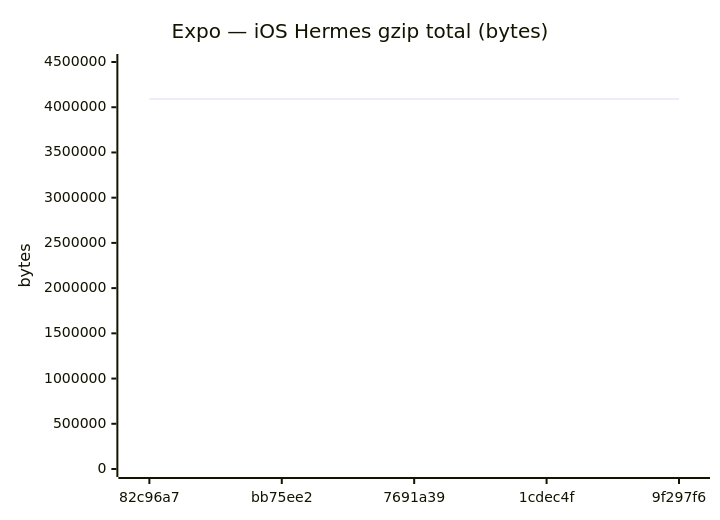
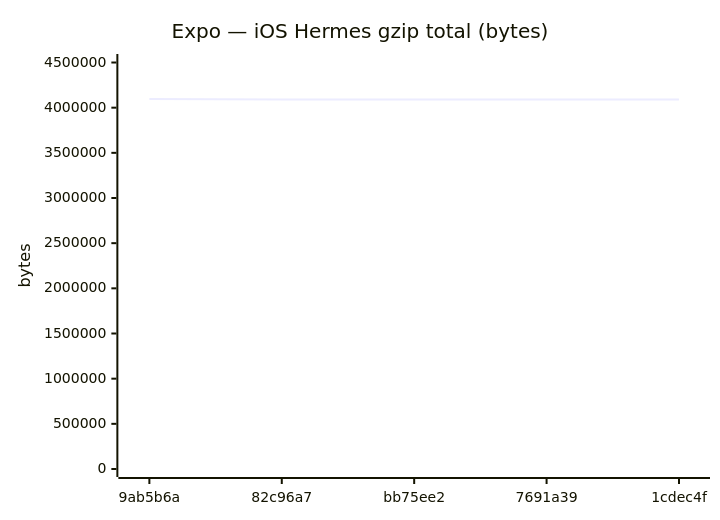
One commit to Metaheurist/Rianell changed diagram 12 of 18 in benchmarks/compare.md. Above: the diagram before and after it, drawn with Mermaid. The commit also changed other lines of this file and 11 other files, not shown here.

````diff
--- a/benchmarks/compare.md
+++ b/benchmarks/compare.md
@@ -179,7 +179,7 @@
 ```mermaid
 xychart-beta
     title "Expo — iOS Hermes gzip total (bytes)"
-    x-axis ["82c96a7", "bb75ee2", "7691a39", "1cdec4f", "9f297f6"]
-    y-axis "bytes" 0 --> 4500248
-    line [4091134, 4090855, 4091134, 4091052, 4091052]
+    x-axis ["9ab5b6a", "82c96a7", "bb75ee2", "7691a39", "1cdec4f"]
+    y-axis "bytes" 0 --> 4505653
+    line [4096048, 4091134, 4090855, 4091134, 4091052]
 ```
````
